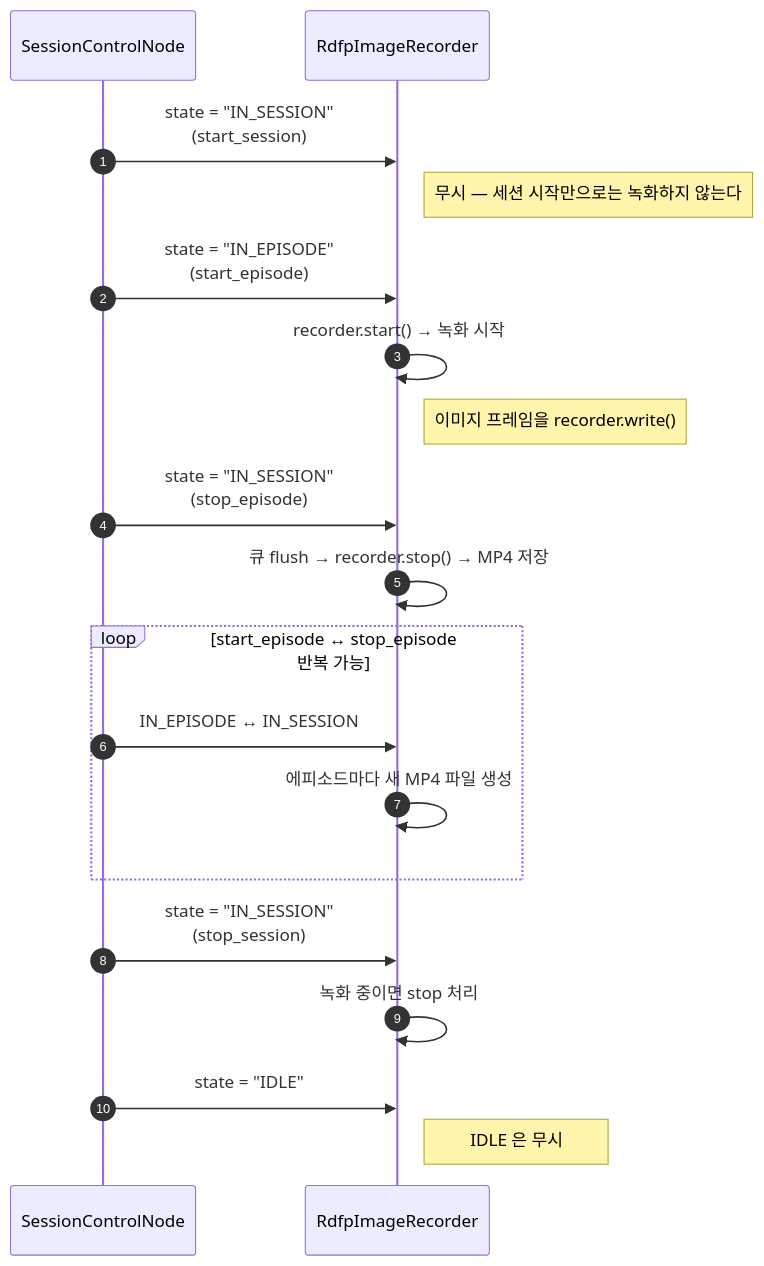
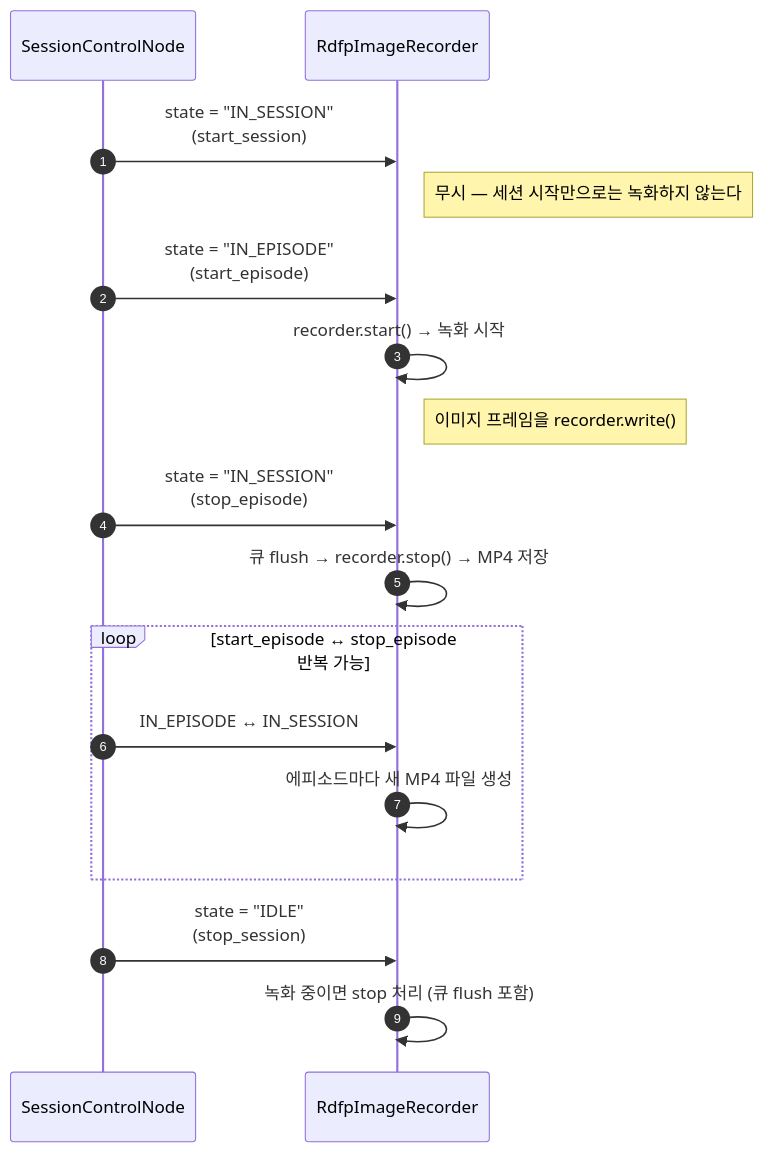
The diagram in docs/recorder/rdfp_image_recorder_node_guide.md (kwlee0220/rdfp_ws), drawn with Mermaid before and after one commit. The commit also changed other lines of this file and 50 other files, not shown here.

````diff
--- a/docs/recorder/rdfp_image_recorder_node_guide.md
+++ b/docs/recorder/rdfp_image_recorder_node_guide.md
@@ -144,26 +144,24 @@
 ```mermaid
 sequenceDiagram
     autonumber
     participant SC as SessionControlNode
     participant Rec as RdfpImageRecorder
 
     SC->>Rec: state = "IN_SESSION"<br/>(start_session)
     Note right of Rec: 무시 — 세션 시작만으로는 녹화하지 않는다
 
     SC->>Rec: state = "IN_EPISODE"<br/>(start_episode)
     Rec->>Rec: recorder.start() → 녹화 시작
     Note right of Rec: 이미지 프레임을 recorder.write()
 
     SC->>Rec: state = "IN_SESSION"<br/>(stop_episode)
     Rec->>Rec: 큐 flush → recorder.stop() → MP4 저장
 
     loop start_episode ↔ stop_episode 반복 가능
         SC->>Rec: IN_EPISODE ↔ IN_SESSION
         Rec->>Rec: 에피소드마다 새 MP4 파일 생성
     end
 
-    SC->>Rec: state = "IN_SESSION"<br/>(stop_session)
-    Rec->>Rec: 녹화 중이면 stop 처리
-    SC->>Rec: state = "IDLE"
-    Note right of Rec: IDLE 은 무시
+    SC->>Rec: state = "IDLE"<br/>(stop_session)
+    Rec->>Rec: 녹화 중이면 stop 처리 (큐 flush 포함)
 ```
````
